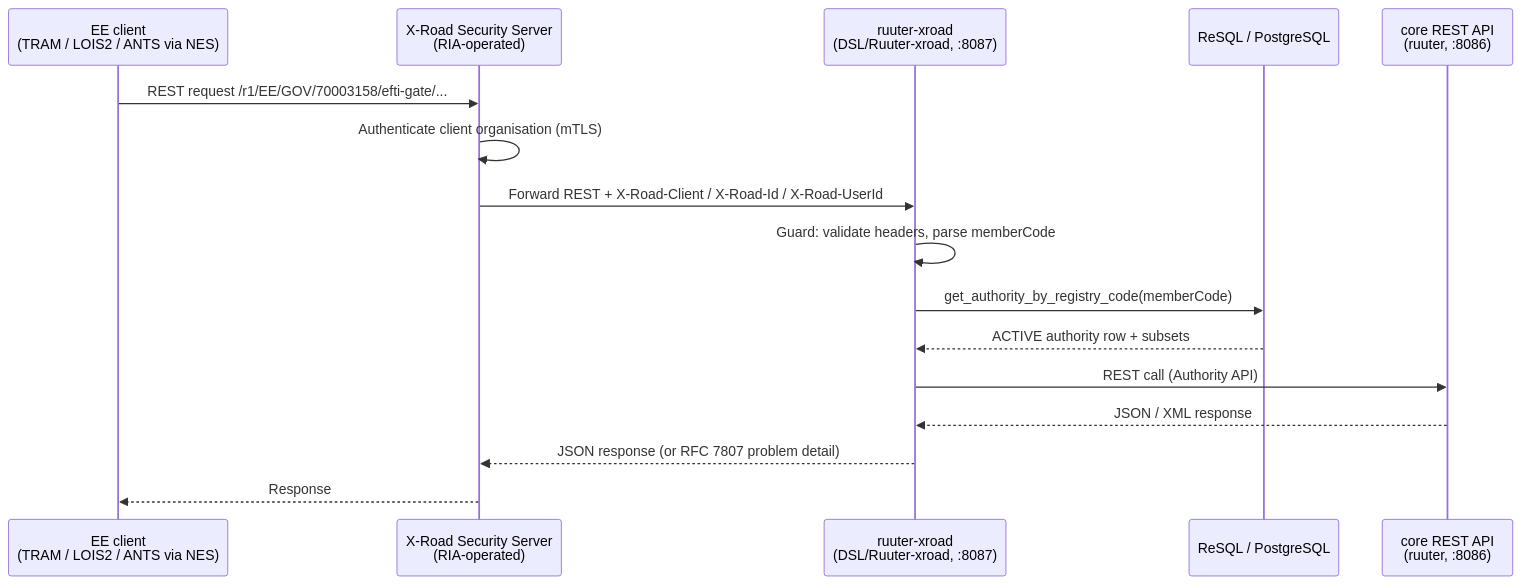
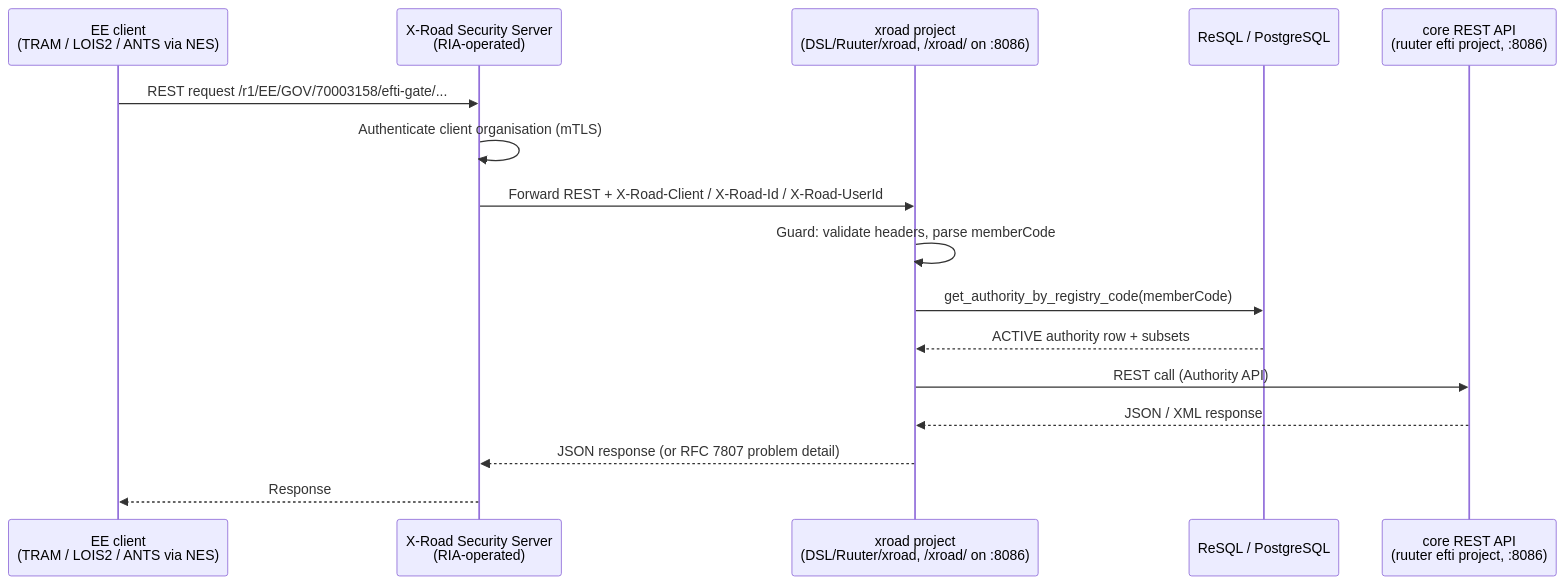
One commit to kemit-ee/efti-gate-ee changed the diagram in docs/architecture/integrations/x_road_integration.md. Above: the diagram before and after it, drawn with Mermaid. The commit also changed other lines of this file and 20 other files, not shown here.

First line of the commit message:
ruuter-xroad: merge into the main Ruuter as the xroad/ project

````diff
--- a/docs/architecture/integrations/x_road_integration.md
+++ b/docs/architecture/integrations/x_road_integration.md
@@ -18,18 +22,18 @@
 ```mermaid
 sequenceDiagram
     participant Client as EE client<br/>(TRAM / LOIS2 / ANTS via NES)
     participant SS as X-Road Security Server<br/>(RIA-operated)
-    participant Adapter as ruuter-xroad<br/>(DSL/Ruuter-xroad, :8087)
+    participant Adapter as xroad project<br/>(DSL/Ruuter/xroad, /xroad/ on :8086)
     participant Resql as ReSQL / PostgreSQL
-    participant Core as core REST API<br/>(ruuter, :8086)
+    participant Core as core REST API<br/>(ruuter efti project, :8086)
     Client->>SS: REST request /r1/EE/GOV/70003158/efti-gate/...
     SS->>SS: Authenticate client organisation (mTLS)
     SS->>Adapter: Forward REST + X-Road-Client / X-Road-Id / X-Road-UserId
     Adapter->>Adapter: Guard: validate headers, parse memberCode
     Adapter->>Resql: get_authority_by_registry_code(memberCode)
     Resql-->>Adapter: ACTIVE authority row + subsets
     Adapter->>Core: REST call (Authority API)
     Core-->>Adapter: JSON / XML response
     Adapter-->>SS: JSON response (or RFC 7807 problem detail)
     SS-->>Client: Response
 ```
````
